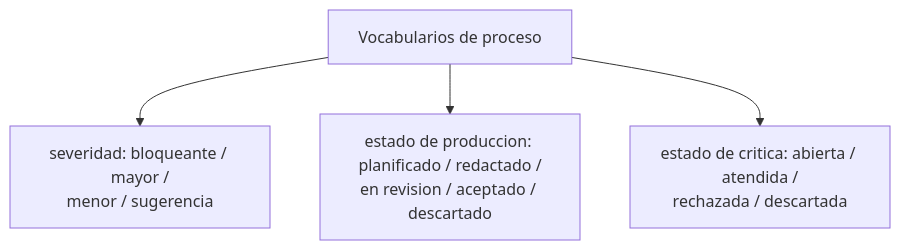
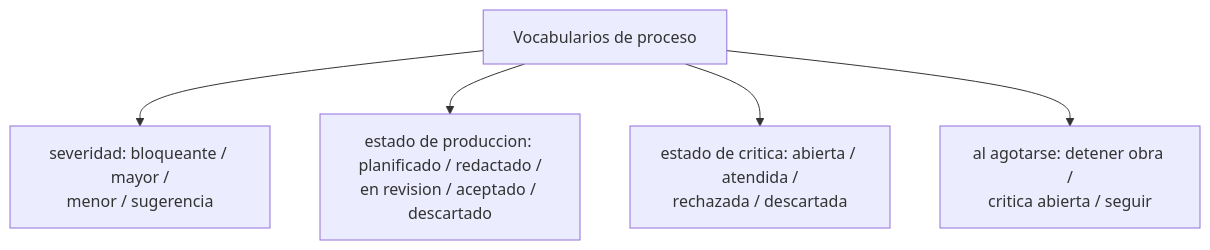
Before and after one commit to alvarofernandezqaracter/my-story-maker: the fifth of 9 diagrams in docs/architecture.md, drawn with Mermaid. The commit also changed other lines of this file and 1 other file, not shown here.

````diff
--- a/docs/architecture.md
+++ b/docs/architecture.md
@@ -202,6 +204,7 @@
 ```mermaid
 flowchart TD
   PROC[Vocabularios de proceso] --> SEV[severidad: bloqueante / mayor /<br/>menor / sugerencia]
   PROC --> EST[estado de produccion: planificado / redactado /<br/>en revision / aceptado / descartado]
   PROC --> CRI[estado de critica: abierta / atendida /<br/>rechazada / descartada]
+  PROC --> AGO[al agotarse: detener obra /<br/>critica abierta / seguir]
 ```
````
